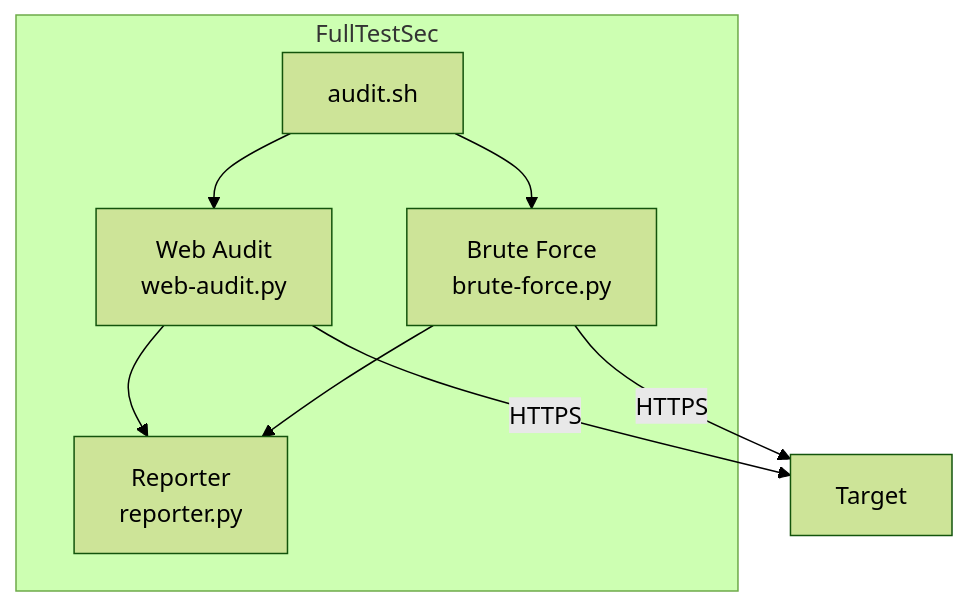
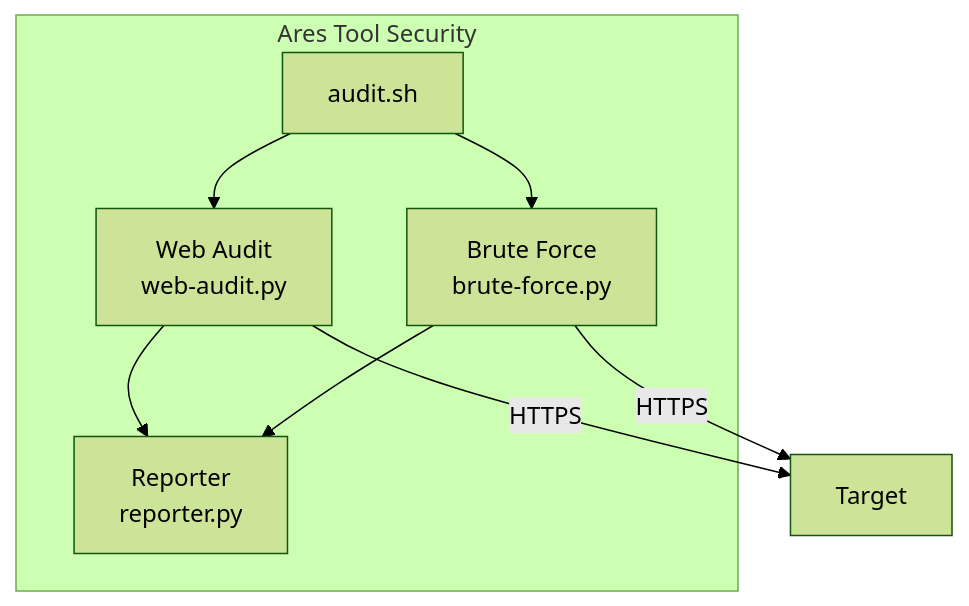
One commit to uramos89/ares-tool-security changed the second of 2 diagrams in docs/ARCHITECTURE.md. Above: the diagram before and after it, drawn with Mermaid (forest theme). The commit also changed other lines of this file and 10 other files, not shown here.

First line of the commit message:
feat: Renamed to Ares Tool Security + email signature with legal compliance

````diff
--- a/docs/ARCHITECTURE.md
+++ b/docs/ARCHITECTURE.md
@@ -12,15 +12,15 @@
 ```mermaid
 graph TD
-    subgraph "FullTestSec"
+    subgraph "Ares Tool Security"
         CLI[audit.sh]
         Web[Web Audit<br/>web-audit.py]
         BF[Brute Force<br/>brute-force.py]
         Reporter[Reporter<br/>reporter.py]
     end
     CLI --> Web
     CLI --> BF
     Web --> Reporter
     BF --> Reporter
     Web -->|HTTPS| Target
     BF -->|HTTPS| Target
 ```
````
